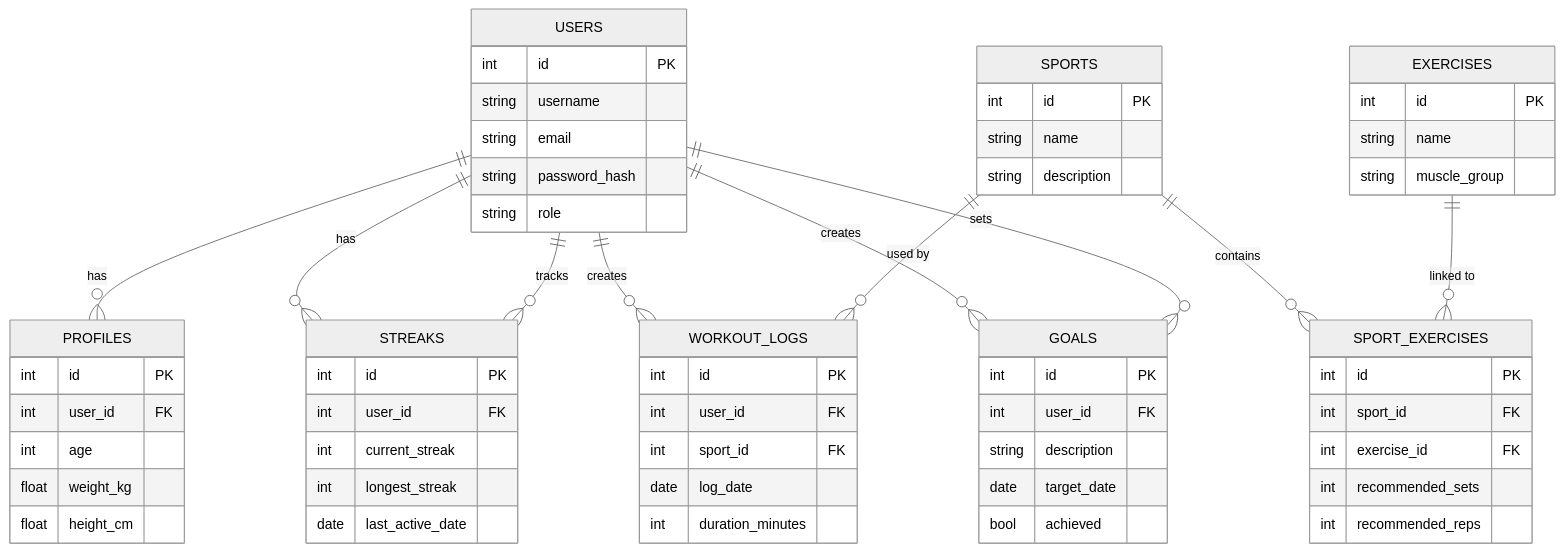
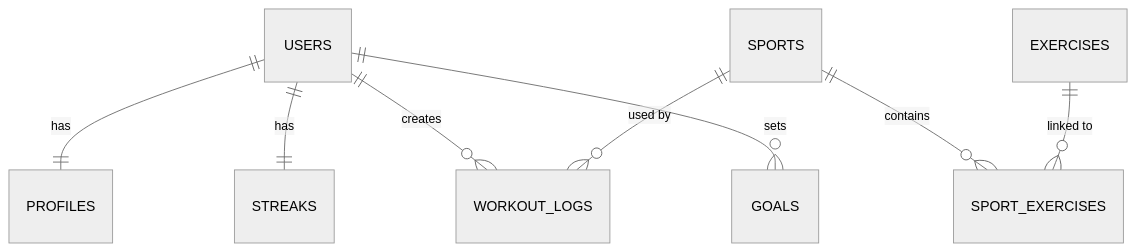
One commit to clydeopenda-svg/sports-watch-backend changed the diagram in README.md. Above: the diagram before and after it, drawn with Mermaid (neutral theme). The commit also changed other lines of this file and 17 other files, not shown here.

Commit message:
Fix README and embed SVG ERD diagram inline

````diff
--- a/README.md
+++ b/README.md
@@ -162,72 +101,10 @@
 ```mermaid
 erDiagram
-    USERS {
-        int id PK
-        string username
-        string email
-        string password_hash
-        string role
-    }
-
-    PROFILES {
-        int id PK
-        int user_id FK
-        int age
-        float weight_kg
-        float height_cm
-    }
-
-    STREAKS {
-        int id PK
-        int user_id FK
-        int current_streak
-        int longest_streak
-        date last_active_date
-    }
-
-    SPORTS {
-        int id PK
-        string name
-        string description
-    }
-
-    EXERCISES {
-        int id PK
-        string name
-        string muscle_group
-    }
-
-    SPORT_EXERCISES {
-        int id PK
-        int sport_id FK
-        int exercise_id FK
-        int recommended_sets
-        int recommended_reps
-    }
-
-    WORKOUT_LOGS {
-        int id PK
-        int user_id FK
-        int sport_id FK
-        date log_date
-        int duration_minutes
-    }
-
-    GOALS {
-        int id PK
-        int user_id FK
-        string description
-        date target_date
-        bool achieved
-    }
-
-    USERS ||--o{ PROFILES : has
-    USERS ||--o{ STREAKS : has
-    USERS ||--o{ WORKOUT_LOGS : "creates"
-    USERS ||--o{ GOALS : "creates"
+    USERS ||--|| PROFILES : has
+    USERS ||--|| STREAKS : has
+    USERS ||--o{ WORKOUT_LOGS : creates
+    USERS ||--o{ GOALS : sets
     SPORTS ||--o{ WORKOUT_LOGS : "used by"
-    SPORTS ||--o{ SPORT_EXERCISES : "contains"
+    SPORTS ||--o{ SPORT_EXERCISES : contains
     EXERCISES ||--o{ SPORT_EXERCISES : "linked to"
-    USERS ||--o{ GOALS : "sets"
-    USERS ||--o{ STREAKS : "tracks"
 ```
````
